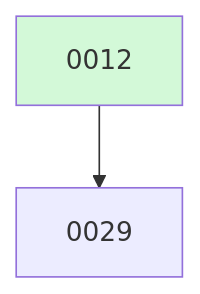
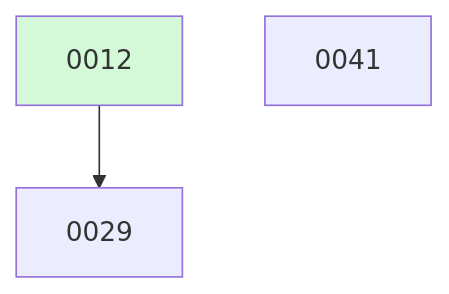
One commit to ethanhinson/fuse changed the diagram in docs/changes/BOARD.md. Above: the diagram before and after it, drawn with Mermaid. The commit also changed other lines of this file, not shown here.

````diff
--- a/docs/changes/BOARD.md
+++ b/docs/changes/BOARD.md
@@ -11,6 +17,7 @@
 ```mermaid
 graph TD
   0012 --> 0029
+  0041
   0012:::done
   classDef done fill:#d3f9d8;
 ```
````
